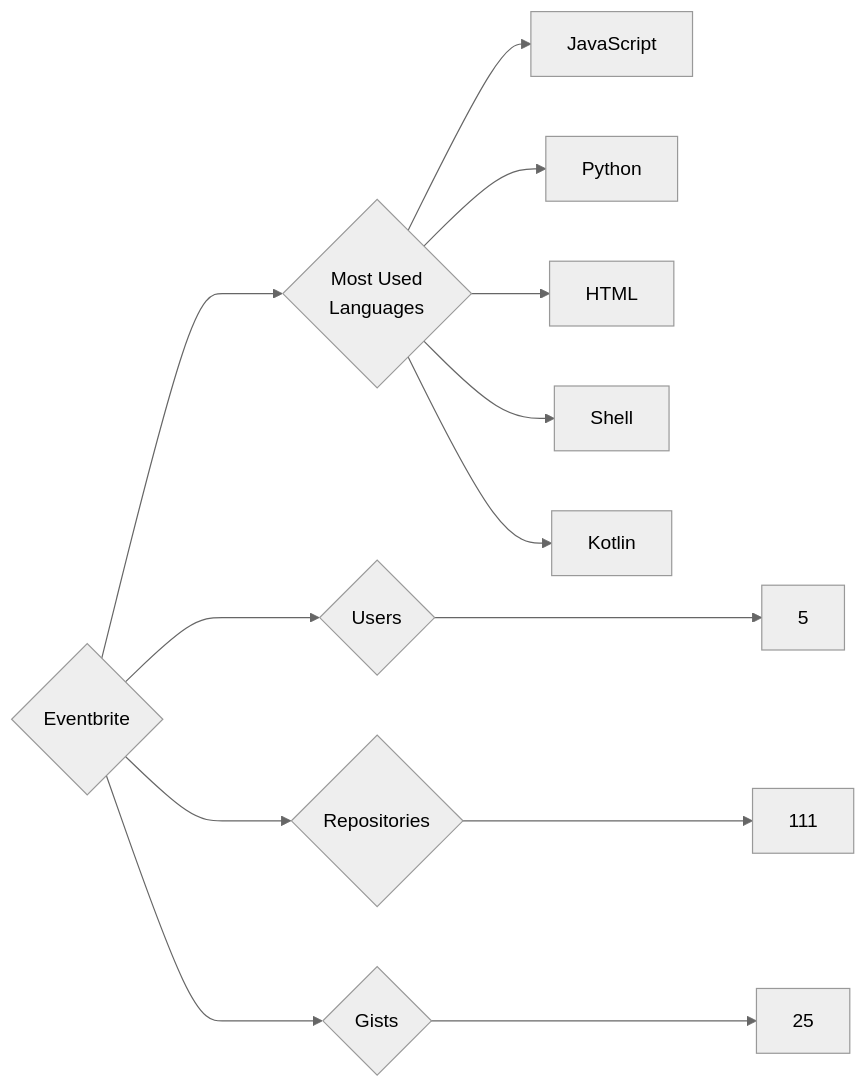
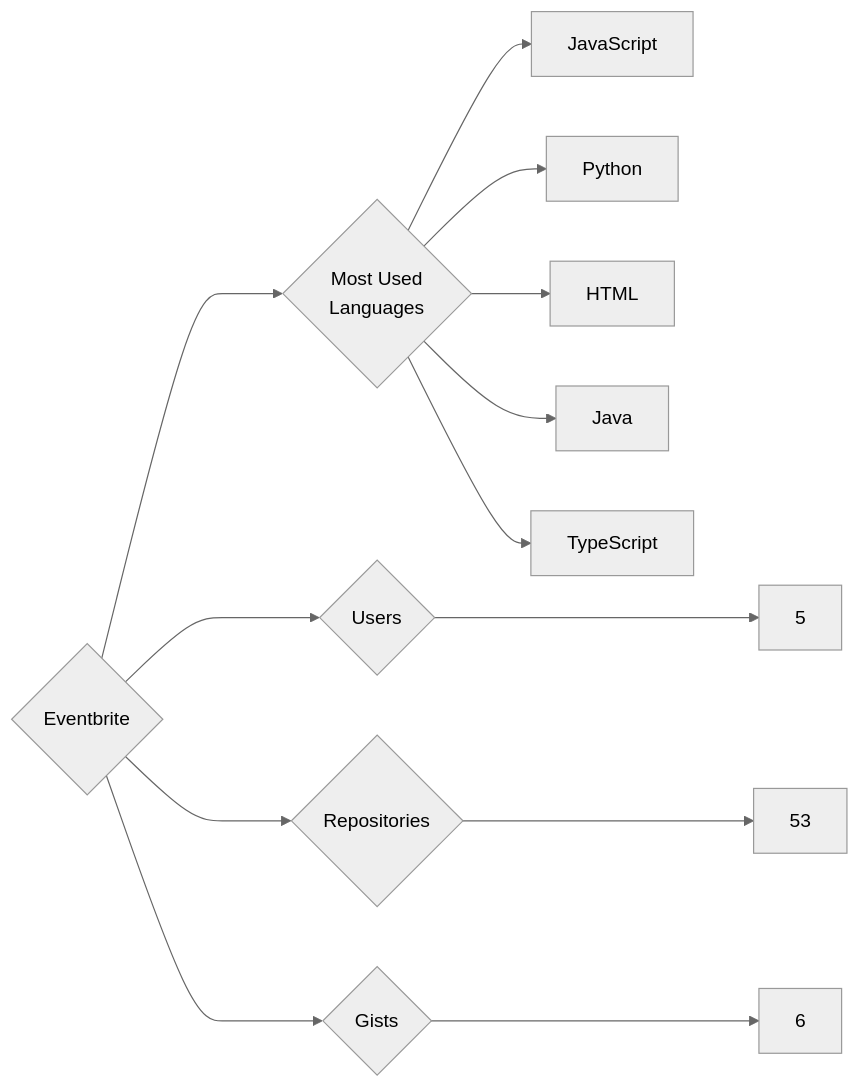
Before and after one commit to trickest/insiders: the diagram in targets/Eventbrite/README.md, drawn with Mermaid (neutral theme). The commit also changed 912 other files, not shown here.

````diff
--- a/targets/Eventbrite/README.md
+++ b/targets/Eventbrite/README.md
@@ -3,13 +3,13 @@
 ```mermaid
 graph LR
 COMPANY_NAME{Eventbrite}
 COMPANY_NAME ---> U{Users} ---> UN[5]
-COMPANY_NAME ---> R{Repositories} ---> RN[111]
-COMPANY_NAME ---> G{Gists} ---> GN[25]
+COMPANY_NAME ---> R{Repositories} ---> RN[53]
+COMPANY_NAME ---> G{Gists} ---> GN[6]
 COMPANY_NAME ---> ML{Most Used<br>Languages}
 ML --> JavaScript[JavaScript]
 ML --> Python[Python]
 ML --> HTML[HTML]
-ML --> Shell[Shell]
-ML --> Kotlin[Kotlin]
+ML --> Java[Java]
+ML --> TypeScript[TypeScript]
 ```
````
